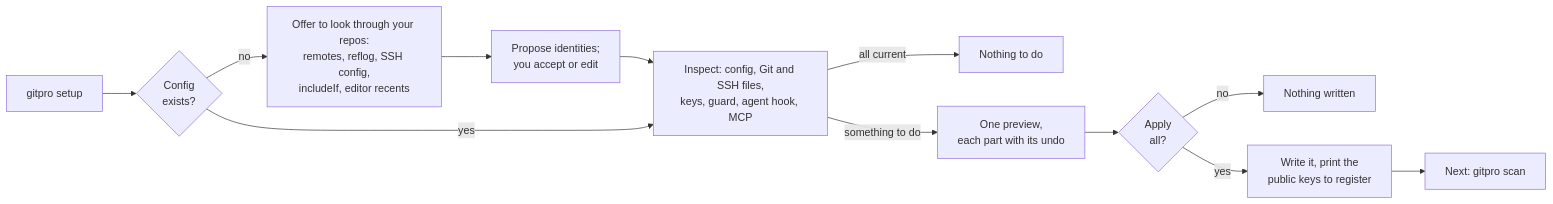
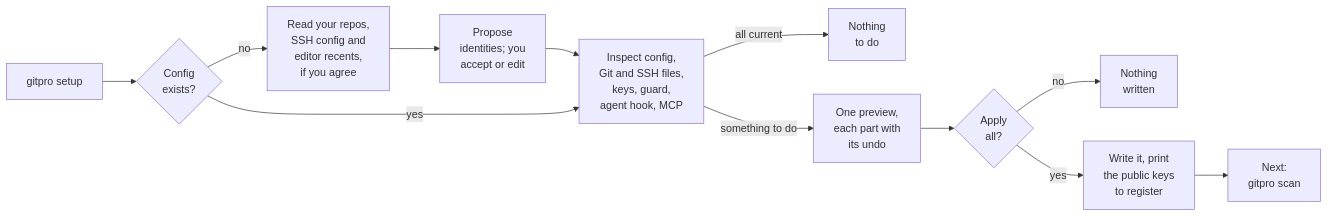
The diagram in README.md (Yantrakar/gitpro), drawn with Mermaid before and after one commit.

Commit message:
docs(readme): shorter labels in the setup diagram

````diff
--- a/README.md
+++ b/README.md
@@ -33,14 +33,14 @@
 ```mermaid
 flowchart LR
-  S["gitpro setup"] --> HC{"Config<br/>exists?"}
-  HC -->|no| L["Offer to look through your repos:<br/>remotes, reflog, SSH config,<br/>includeIf, editor recents"]
-  L --> Q["Propose identities;<br/>you accept or edit"]
+  S["gitpro setup"] --> HC{"Config <br/>exists?"}
+  HC -->|no| L["Read your repos, <br/>SSH config and <br/>editor recents, <br/>if you agree"]
+  L --> Q["Propose <br/>identities; you <br/>accept or edit"]
   Q --> I
-  HC -->|yes| I["Inspect: config, Git and SSH files,<br/>keys, guard, agent hook, MCP"]
-  I -->|all current| OK["Nothing to do"]
-  I -->|something to do| PV["One preview,<br/>each part with its undo"]
-  PV --> ASK{"Apply<br/>all?"}
-  ASK -->|no| NONE["Nothing written"]
-  ASK -->|yes| AP["Write it, print the<br/>public keys to register"]
-  AP --> NX["Next: gitpro scan"]
+  HC -->|yes| I["Inspect config, <br/>Git and SSH files, <br/>keys, guard, <br/>agent hook, MCP"]
+  I -->|all current| OK["Nothing <br/>to do"]
+  I -->|something to do| PV["One preview, <br/>each part with <br/>its undo"]
+  PV --> ASK{"Apply <br/>all?"}
+  ASK -->|no| NONE["Nothing <br/>written"]
+  ASK -->|yes| AP["Write it, print <br/>the public keys <br/>to register"]
+  AP --> NX["Next: <br/>gitpro scan"]
 ```
````
